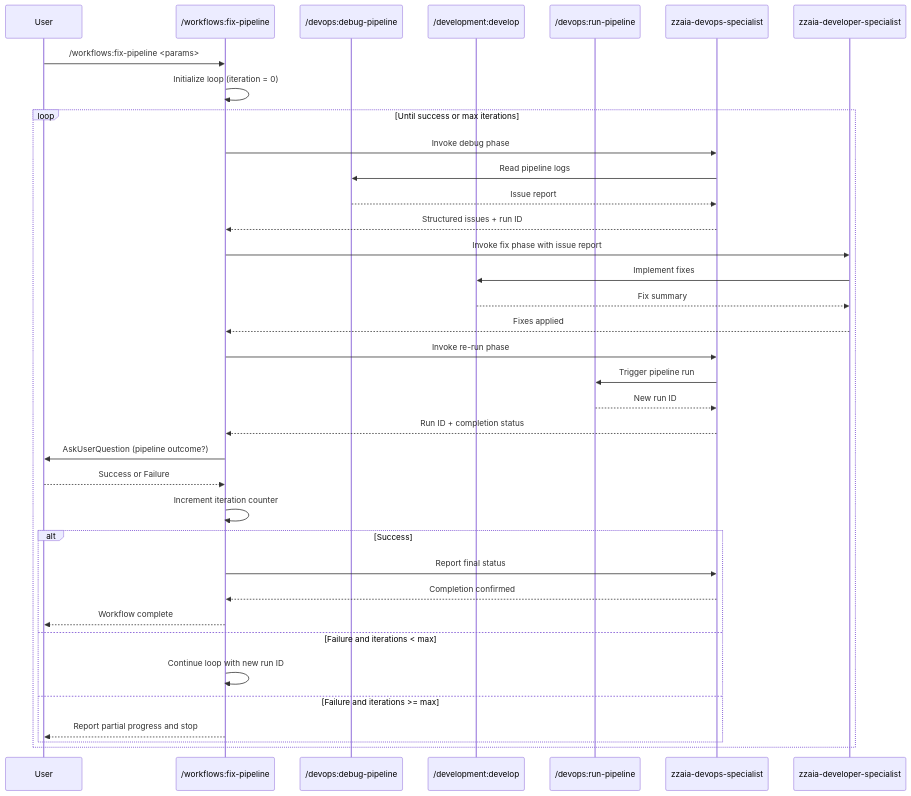
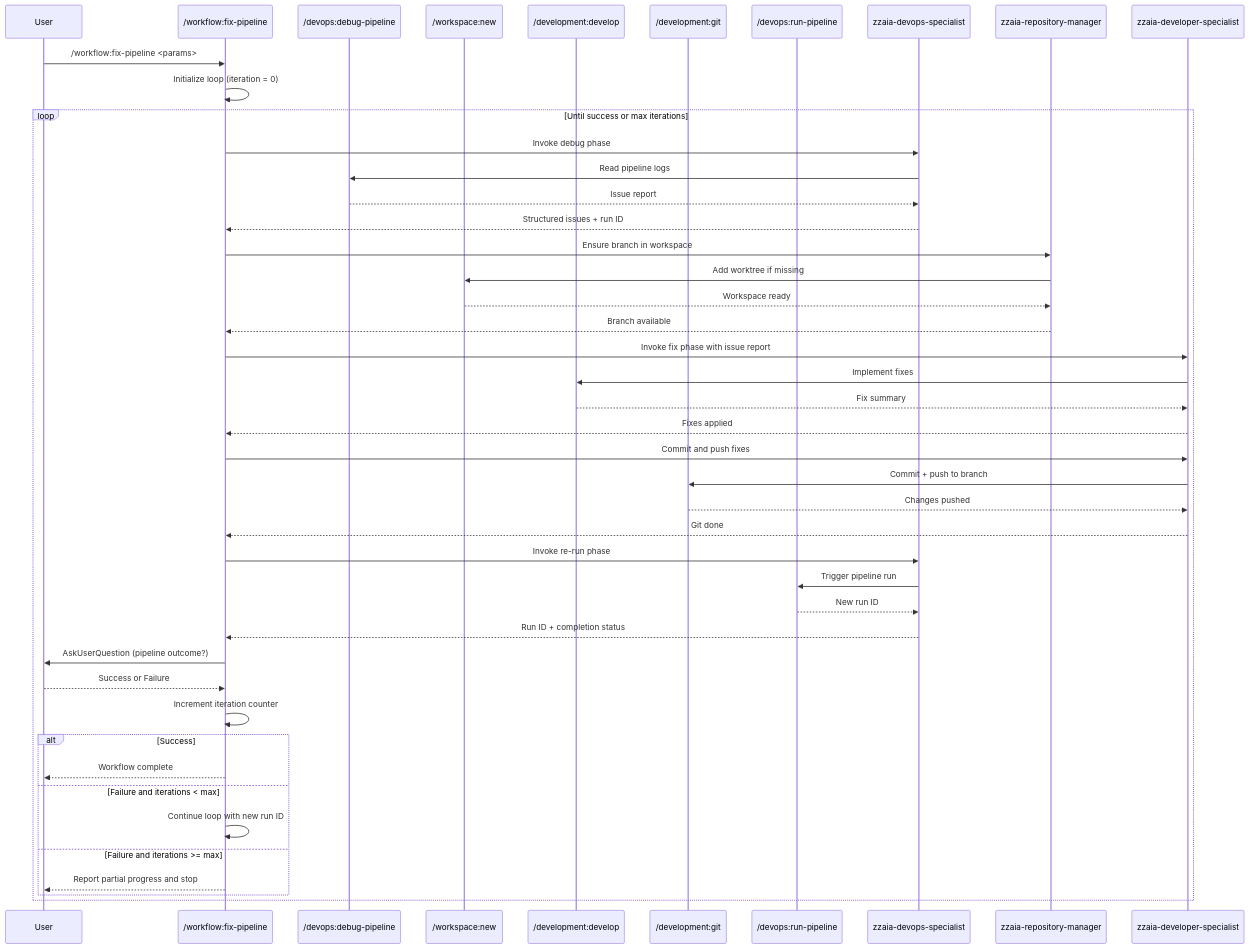
Before and after one commit to zzaia/zzaia-agentic-workspace: the diagram in .claude/commands/workflow/fix-pipeline.md, drawn with Mermaid. The commit also changed other lines of this file, not shown here.

Commit message:
Improve the fix-pipeline workflow;

````diff
--- a/.claude/commands/workflow/fix-pipeline.md
+++ b/.claude/commands/workflow/fix-pipeline.md
@@ -82,44 +97,55 @@
 ```mermaid
 sequenceDiagram
     participant U as User
-    participant W as /workflows:fix-pipeline
+    participant W as /workflow:fix-pipeline
     participant DBG as /devops:debug-pipeline
+    participant WN as /workspace:new
     participant FIX as /development:develop
+    participant GIT as /development:git
     participant RUN as /devops:run-pipeline
     participant A1 as zzaia-devops-specialist
-    participant A2 as zzaia-developer-specialist
+    participant A2 as zzaia-repository-manager
+    participant A3 as zzaia-developer-specialist
 
-    U->>W: /workflows:fix-pipeline <params>
+    U->>W: /workflow:fix-pipeline <params>
     W->>W: Initialize loop (iteration = 0)
 
     loop Until success or max iterations
         W->>A1: Invoke debug phase
         A1->>DBG: Read pipeline logs
         DBG-->>A1: Issue report
         A1-->>W: Structured issues + run ID
 
-        W->>A2: Invoke fix phase with issue report
-        A2->>FIX: Implement fixes
-        FIX-->>A2: Fix summary
-        A2-->>W: Fixes applied
+        W->>A2: Ensure branch in workspace
+        A2->>WN: Add worktree if missing
+        WN-->>A2: Workspace ready
+        A2-->>W: Branch available
+
+        W->>A3: Invoke fix phase with issue report
+        A3->>FIX: Implement fixes
+        FIX-->>A3: Fix summary
+        A3-->>W: Fixes applied
+
+        W->>A3: Commit and push fixes
+        A3->>GIT: Commit + push to branch
+        GIT-->>A3: Changes pushed
+        A3-->>W: Git done
 
         W->>A1: Invoke re-run phase
         A1->>RUN: Trigger pipeline run
         RUN-->>A1: New run ID
         A1-->>W: Run ID + completion status
 
         W->>U: AskUserQuestion (pipeline outcome?)
         U-->>W: Success or Failure
         W->>W: Increment iteration counter
 
         alt Success
-            W->>A1: Report final status
-            A1-->>W: Completion confirmed
             W-->>U: Workflow complete
         else Failure and iterations < max
             W->>W: Continue loop with new run ID
         else Failure and iterations >= max
             W-->>U: Report partial progress and stop
         end
     end
 ```
````
